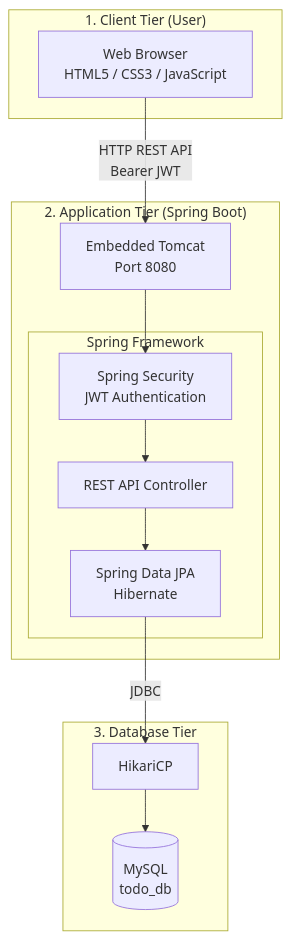
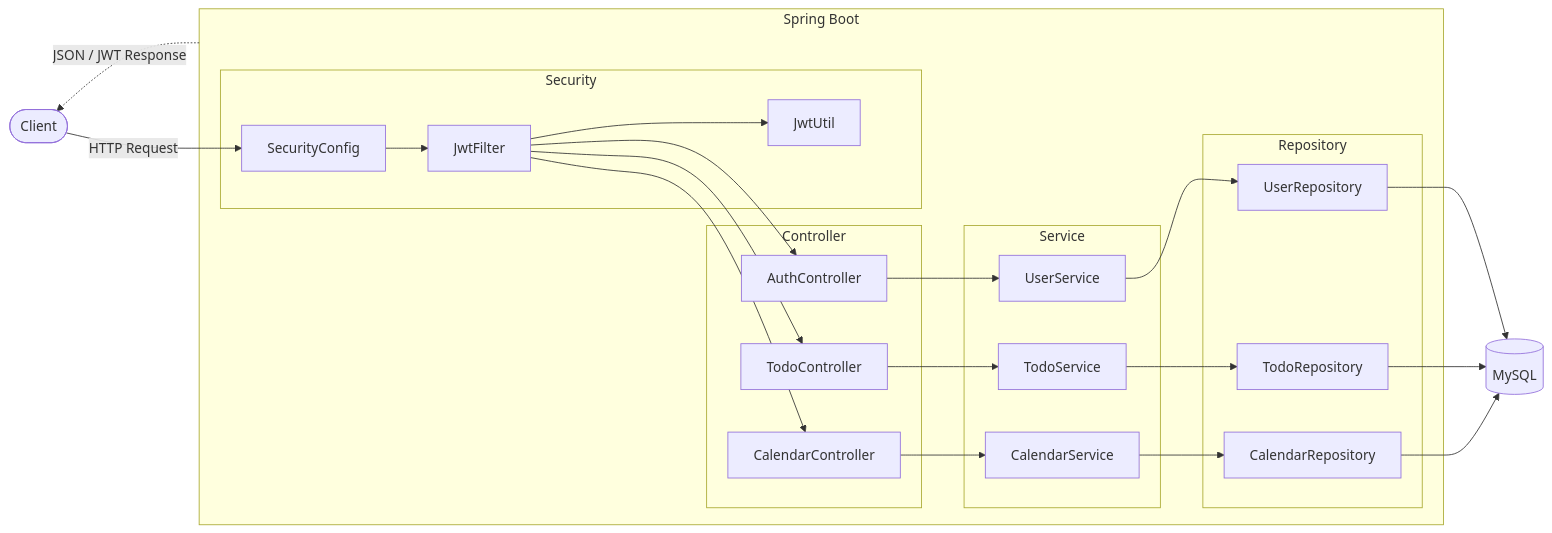
One commit to bumjpark/test changed the second of 2 diagrams in README.md. Above: the diagram before and after it, drawn with Mermaid.

Commit message:
Refactor mermaid diagram in README.md

````diff
--- a/README.md
+++ b/README.md
@@ -60,31 +60,57 @@
 ```mermaid
-flowchart TB
+flowchart LR
 
-    subgraph ClientTier["1. Client Tier (User)"]
-        Browser["Web Browser<br/>HTML5 / CSS3 / JavaScript"]
+    Client([Client])
+
+    subgraph SpringBoot["Spring Boot"]
+
+        subgraph Security["Security"]
+            SecurityConfig["SecurityConfig"]
+            JwtFilter["JwtFilter"]
+            JwtUtil["JwtUtil"]
+        end
+
+        subgraph Controller["Controller"]
+            AuthController["AuthController"]
+            TodoController["TodoController"]
+            CalendarController["CalendarController"]
+        end
+
+        subgraph Service["Service"]
+            UserService["UserService"]
+            TodoService["TodoService"]
+            CalendarService["CalendarService"]
+        end
+
+        subgraph Repository["Repository"]
+            UserRepository["UserRepository"]
+            TodoRepository["TodoRepository"]
+            CalendarRepository["CalendarRepository"]
+        end
+
     end
 
-    subgraph AppTier["2. Application Tier (Spring Boot)"]
-        WebServer["Embedded Tomcat<br/>Port 8080"]
+    DB[(MySQL)]
 
-        subgraph Framework["Spring Framework"]
-            Security["Spring Security<br/>JWT Authentication"]
-            Controller["REST API Controller"]
-            JPA["Spring Data JPA<br/>Hibernate"]
-        end
+    Client -->|HTTP Request| SecurityConfig
+    SecurityConfig --> JwtFilter
+    JwtFilter --> JwtUtil
 
-        WebServer --> Security
-        Security --> Controller
-        Controller --> JPA
-    end
+    JwtFilter --> AuthController
+    JwtFilter --> TodoController
+    JwtFilter --> CalendarController
 
-    subgraph DBTier["3. Database Tier"]
-        Pool["HikariCP"]
-        DB[("MySQL<br/>todo_db")]
+    AuthController --> UserService
+    TodoController --> TodoService
+    CalendarController --> CalendarService
 
-        Pool --> DB
-    end
+    UserService --> UserRepository
+    TodoService --> TodoRepository
+    CalendarService --> CalendarRepository
 
-    Browser -->|HTTP REST API<br/>Bearer JWT| WebServer
-    JPA -->|JDBC| Pool
+    UserRepository --> DB
+    TodoRepository --> DB
+    CalendarRepository --> DB
+
+    SpringBoot -. JSON / JWT Response .-> Client
 ```
````
